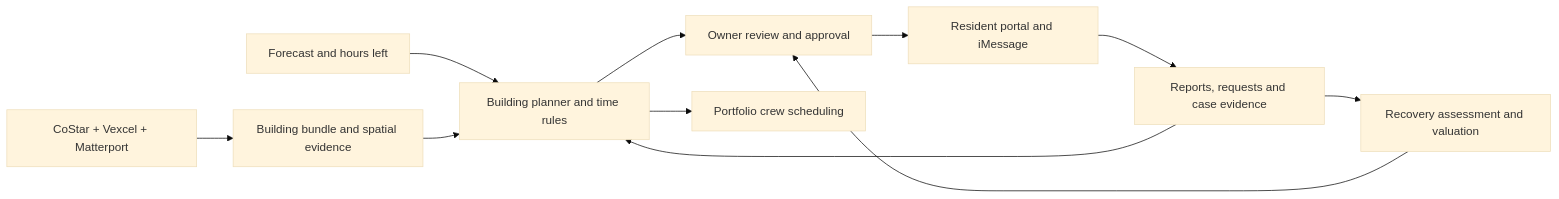
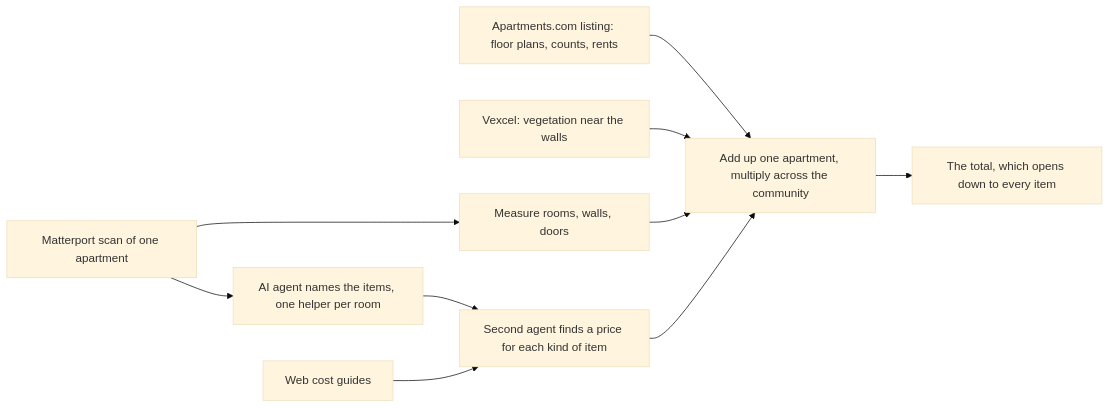
Before and after one commit to Taz33m/brace: the diagram in README.md, drawn with Mermaid (base theme). The commit also changed other lines of this file, not shown here.

````diff
--- a/README.md
+++ b/README.md
@@ -217,13 +51,12 @@
 ```mermaid
 flowchart LR
-    Sources["CoStar + Vexcel + Matterport"] --> Site["Building bundle and spatial evidence"]
-    Weather["Forecast and hours left"] --> Planner["Building planner and time rules"]
-    Site --> Planner
-    Planner --> Owner["Owner review and approval"]
-    Owner --> Resident["Resident portal and iMessage"]
-    Resident --> Case["Reports, requests and case evidence"]
-    Case --> Planner
-    Case --> Recovery["Recovery assessment and valuation"]
-    Recovery --> Owner
-    Planner --> Desk["Portfolio crew scheduling"]
+    MP["Matterport scan of one apartment"] --> MEAS["Measure rooms, walls, doors"]
+    MP --> INV["AI agent names the items, one helper per room"]
+    INV --> PRICE["Second agent finds a price for each kind of item"]
+    WEB["Web cost guides"] --> PRICE
+    AP["Apartments.com listing: floor plans, counts, rents"] --> SCHED
+    VX["Vexcel: vegetation near the walls"] --> SCHED
+    MEAS --> SCHED["Add up one apartment, multiply across the community"]
+    PRICE --> SCHED
+    SCHED --> TREE["The total, which opens down to every item"]
 ```
````
